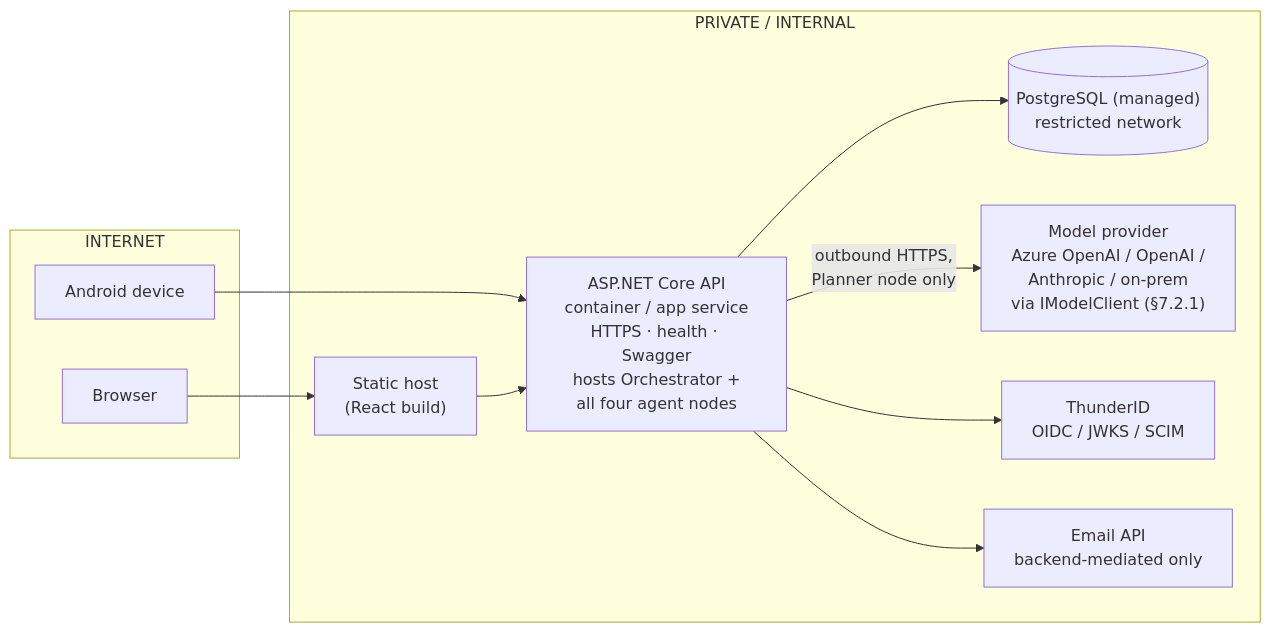
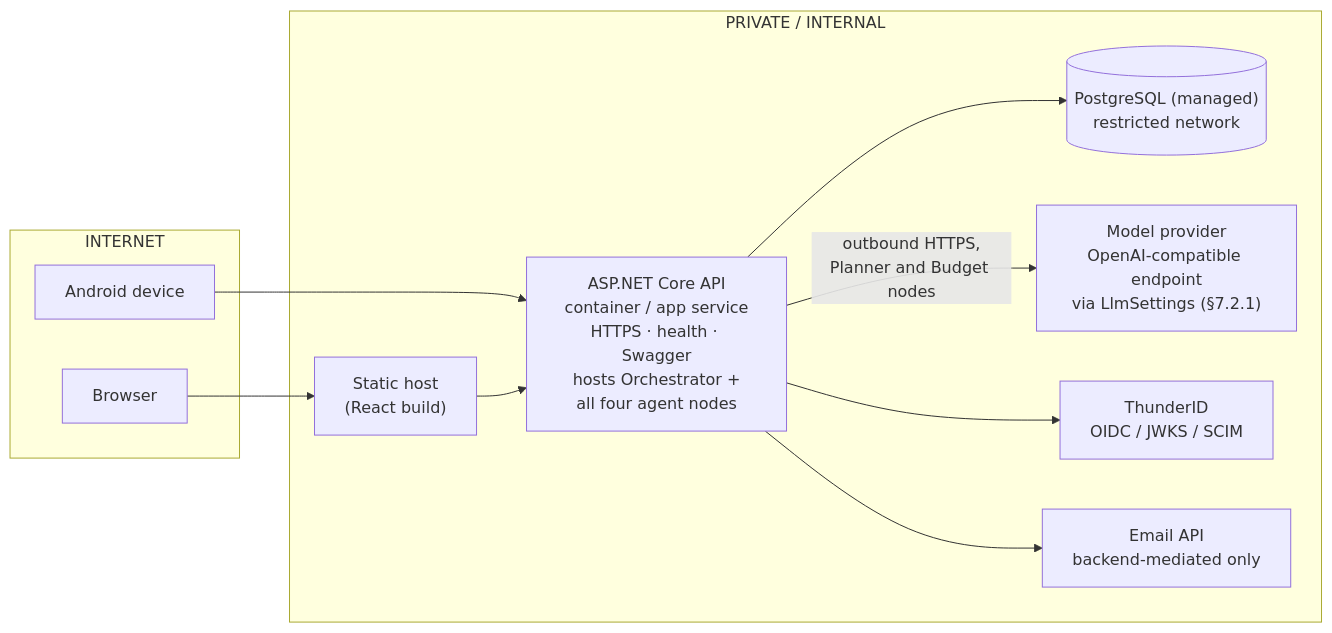
The second of 2 diagrams in docs/srs/03-system-architecture.md (CoreGrid-org/CoreGrid), drawn with Mermaid before and after one commit. The commit also changed other lines of this file and 55 other files, not shown here.

````diff
--- a/docs/srs/03-system-architecture.md
+++ b/docs/srs/03-system-architecture.md
@@ -199,24 +199,24 @@
 ```mermaid
 flowchart LR
     subgraph INTERNET[" INTERNET "]
         Browser["Browser"]
         Android["Android device"]
     end
 
     subgraph INTERNAL[" PRIVATE / INTERNAL "]
         Static["Static host\n(React build)"]
         API["ASP.NET Core API\ncontainer / app service\nHTTPS · health · Swagger\nhosts Orchestrator +\nall four agent nodes"]
         PG[("PostgreSQL (managed)\nrestricted network")]
-        Model["Model provider\nAzure OpenAI / OpenAI /\nAnthropic / on-prem\nvia IModelClient (§7.2.1)"]
+        Model["Model provider\nOpenAI-compatible endpoint\nvia LlmSettings (§7.2.1)"]
         ThunderID["ThunderID\nOIDC / JWKS / SCIM"]
         Email["Email API\nbackend-mediated only"]
     end
 
     Browser --> Static
     Android --> API
     Static --> API
     API --> PG
-    API -->|"outbound HTTPS,\nPlanner node only"| Model
+    API -->|"outbound HTTPS,\nPlanner and Budget nodes"| Model
     API --> ThunderID
     API --> Email
 ```
````
